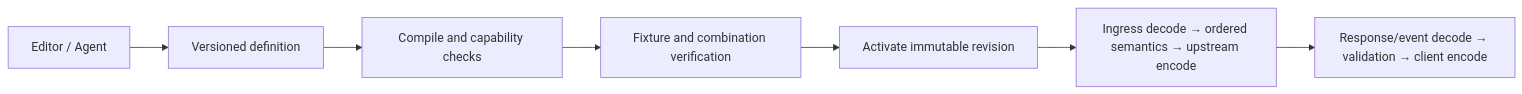
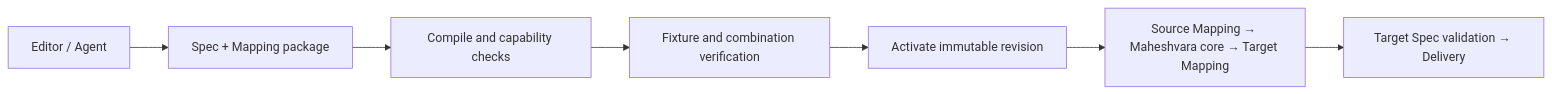
The diagram in docs/protocol-guide.en.md (PinkElysiaDev/Elysia-Api), drawn with Mermaid before and after one commit. The commit also changed other lines of this file and 37 other files, not shown here.

````diff
--- a/docs/protocol-guide.en.md
+++ b/docs/protocol-guide.en.md
@@ -21,9 +23,9 @@
 ```mermaid
 flowchart LR
-  A[Editor / Agent] --> B[Versioned definition]
+  A[Editor / Agent] --> B[Spec + Mapping package]
   B --> C[Compile and capability checks]
   C --> D[Fixture and combination verification]
   D --> E[Activate immutable revision]
-  E --> F[Ingress decode → ordered semantics → upstream encode]
-  F --> G[Response/event decode → validation → client encode]
+  E --> F[Source Mapping → Maheshvara core → Target Mapping]
+  F --> G[Target Spec validation → Delivery]
 ```
````
